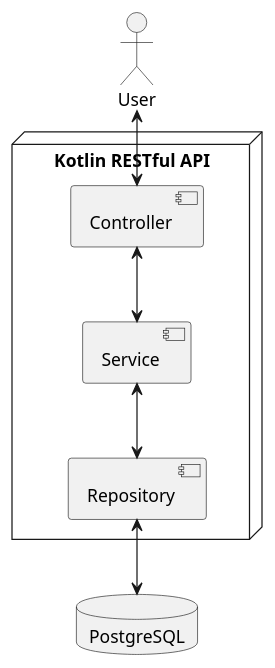
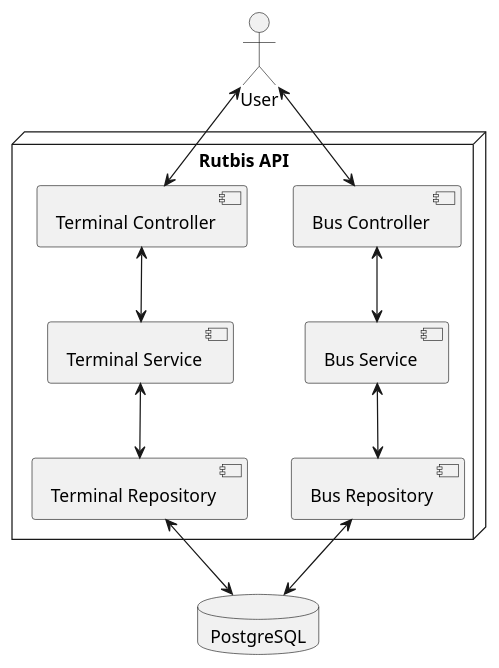
The diagram in system-design.puml (neddy1298/rutbis-api), drawn with PlantUML before and after one commit. The commit also changed 1 other file, not shown here.

```diff
--- a/system-design.puml
+++ b/system-design.puml
@@ -1,17 +1,27 @@
 @startuml
 
 actor "User" as user
-node "Kotlin RESTful API" {
-    component "Controller" as controller
-    component "Service" as service
-    component "Repository" as repository
+node "Rutbis API" {
+    component "Bus Controller" as busController
+    component "Bus Service" as busService
+    component "Bus Repository" as busRepository
+
+    component "Terminal Controller" as terminalController
+    component "Terminal Service" as terminalService
+    component "Terminal Repository" as terminalRepository
 }
 
 database "PostgreSQL" as database
 
-user <--> controller
-controller <--> service
-service <--> repository
-repository <--> database
+user <--> busController
+busController <--> busService
+busService <--> busRepository
+busRepository <--> database
+
+
+user <--> terminalController
+terminalController <--> terminalService
+terminalService <--> terminalRepository
+terminalRepository <--> database
 
 @enduml
```
